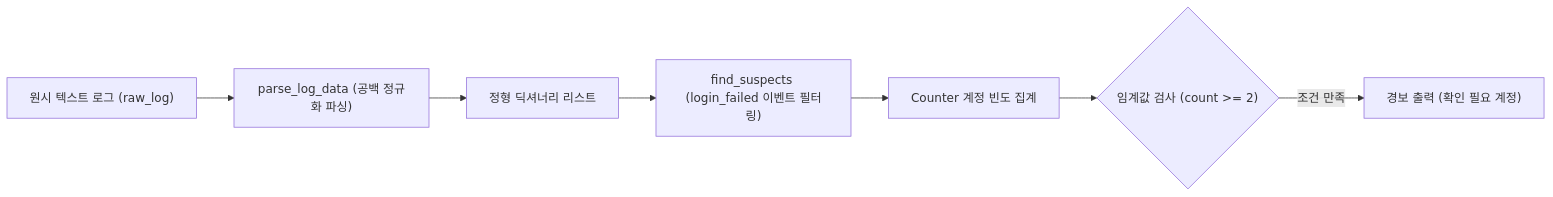
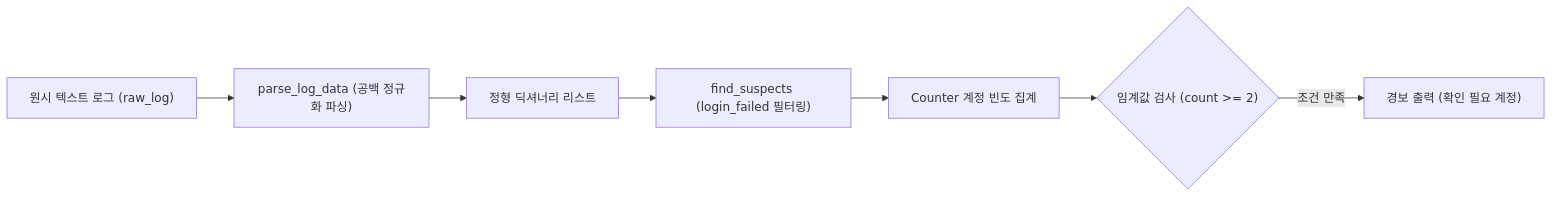
One commit to mmmphyun/security-agent-toolkit changed the diagram in docs/posts/c01-agent-core-day01.md. Above: the diagram before and after it, drawn with Mermaid. The commit also changed other lines of this file and 7 other files, not shown here.

````diff
--- a/docs/posts/c01-agent-core-day01.md
+++ b/docs/posts/c01-agent-core-day01.md
@@ -21,9 +21,9 @@
 ```mermaid
 flowchart LR
     A["원시 텍스트 로그 (raw_log)"] --> B["parse_log_data (공백 정규화 파싱)"]
     B --> C["정형 딕셔너리 리스트"]
-    C --> D["find_suspects (login_failed 이벤트 필터링)"]
+    C --> D["find_suspects (login_failed 필터링)"]
     D --> E["Counter 계정 빈도 집계"]
     E --> F{"임계값 검사 (count >= 2)"}
     F -->|조건 만족| G["경보 출력 (확인 필요 계정)"]
 ```
````
